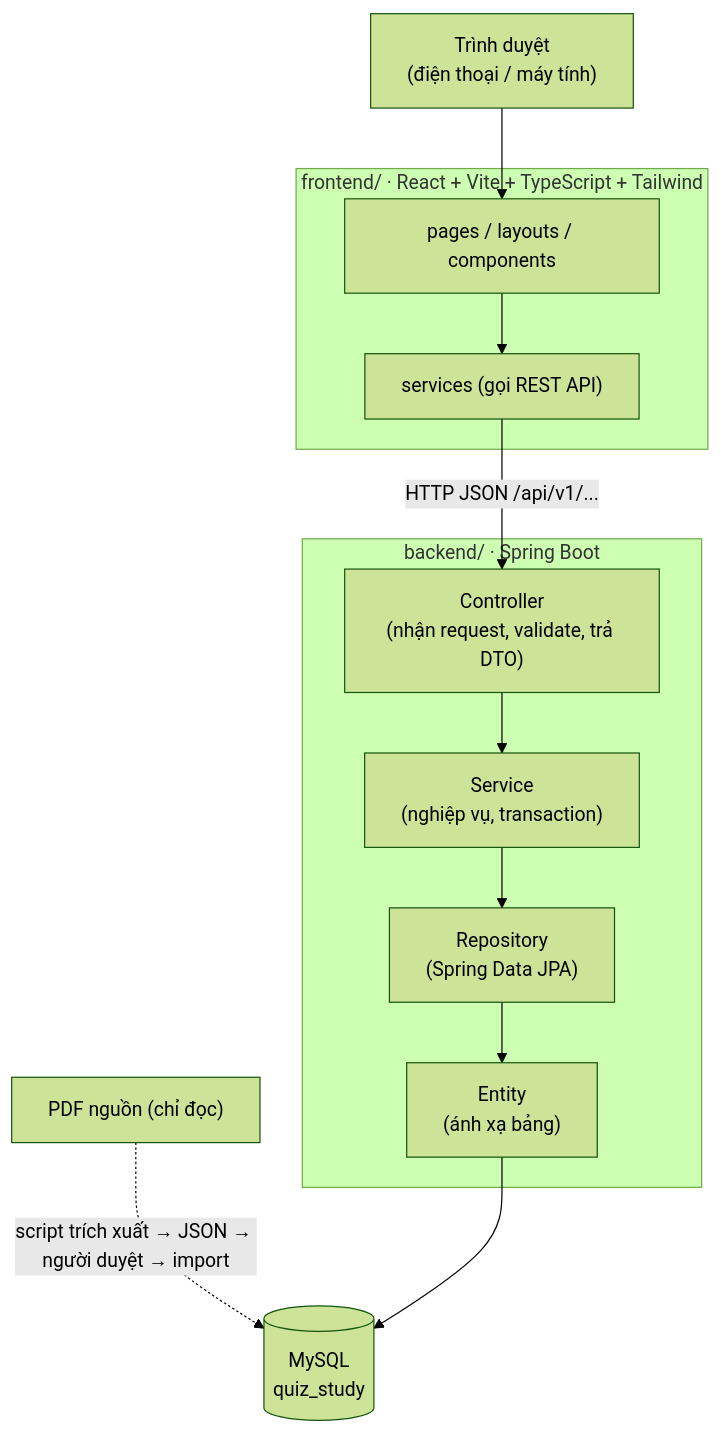
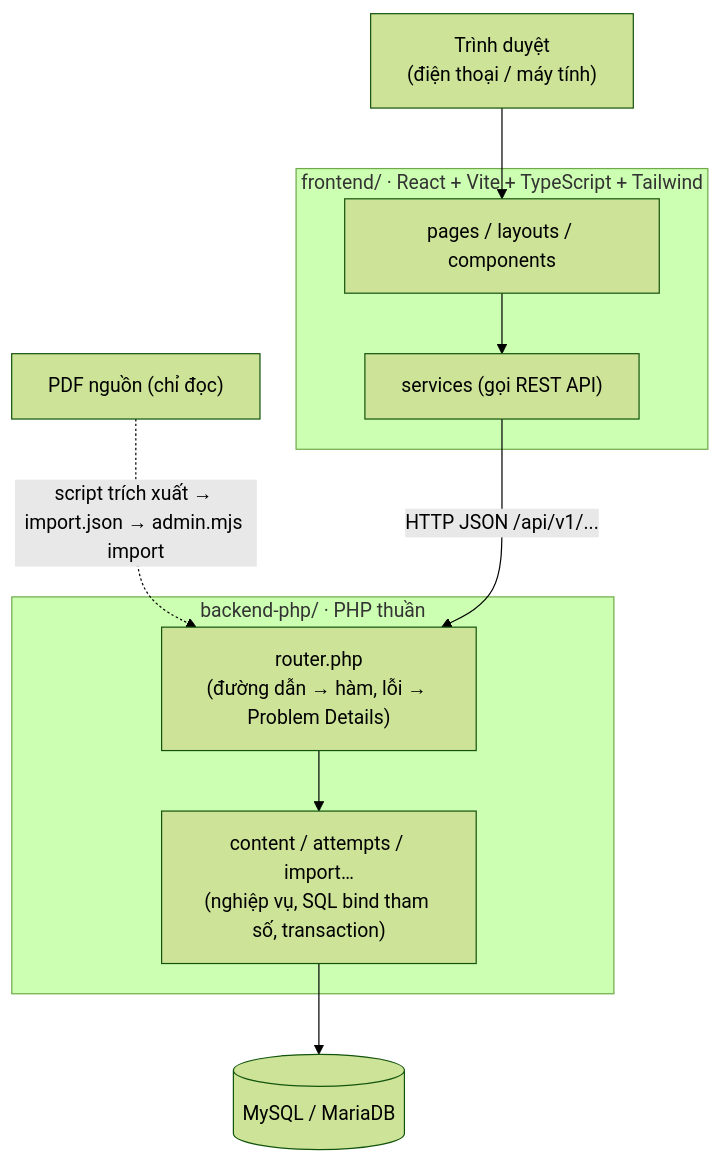
The first of 2 diagrams in docs/architecture.md (PhamThanhTuanDev/quiz-study), drawn with Mermaid (forest theme) before and after one commit. The commit also changed other lines of this file and 12 other files, not shown here.

````diff
--- a/docs/architecture.md
+++ b/docs/architecture.md
@@ -9,20 +9,18 @@
 ```mermaid
 flowchart TD
     B["Trình duyệt<br/>(điện thoại / máy tính)"]
     subgraph FE["frontend/ · React + Vite + TypeScript + Tailwind"]
         P["pages / layouts / components"]
         S["services (gọi REST API)"]
     end
-    subgraph BE["backend/ · Spring Boot"]
-        C["Controller<br/>(nhận request, validate, trả DTO)"]
-        SV["Service<br/>(nghiệp vụ, transaction)"]
-        R["Repository<br/>(Spring Data JPA)"]
-        E["Entity<br/>(ánh xạ bảng)"]
+    subgraph BE["backend-php/ · PHP thuần"]
+        C["router.php<br/>(đường dẫn → hàm, lỗi → Problem Details)"]
+        SV["content / attempts / import…<br/>(nghiệp vụ, SQL bind tham số, transaction)"]
     end
-    DB[("MySQL<br/>quiz_study")]
-    SRC["PDF nguồn (chỉ đọc)"] -.->|"script trích xuất → JSON → người duyệt → import"| DB
+    DB[("MySQL / MariaDB")]
+    SRC["PDF nguồn (chỉ đọc)"] -.->|"script trích xuất → import.json → admin.mjs import"| C
 
     B --> P --> S
     S -->|"HTTP JSON /api/v1/..."| C
-    C --> SV --> R --> E --> DB
+    C --> SV --> DB
 ```
````
